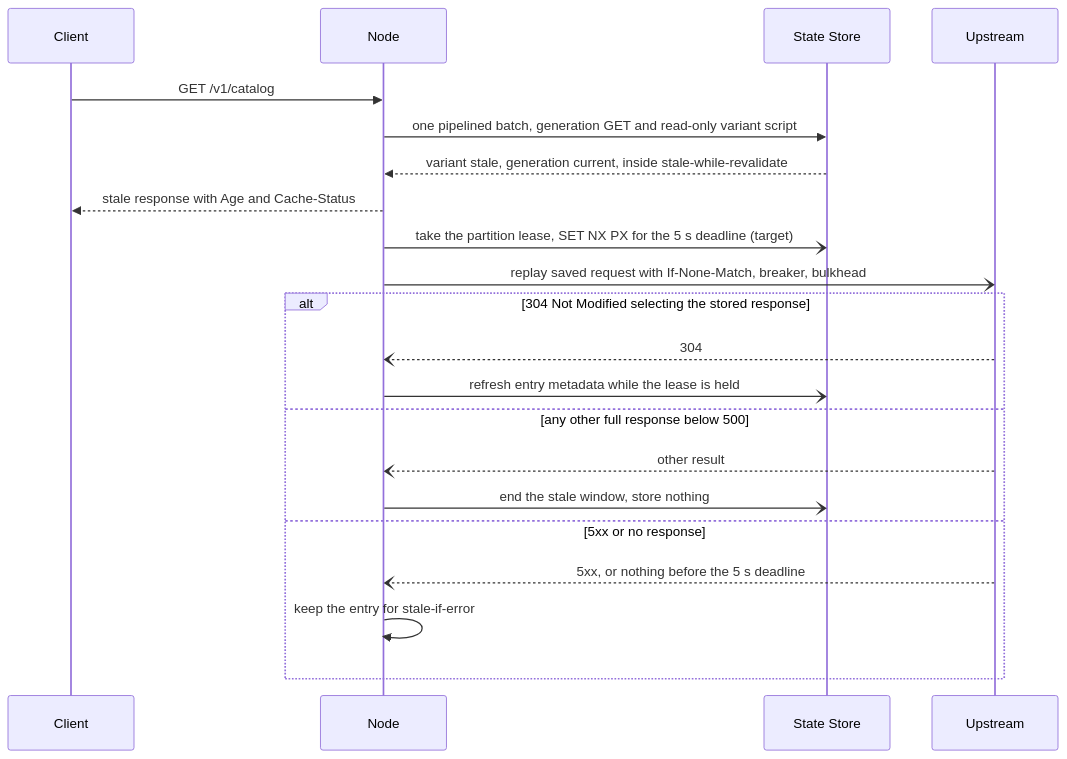
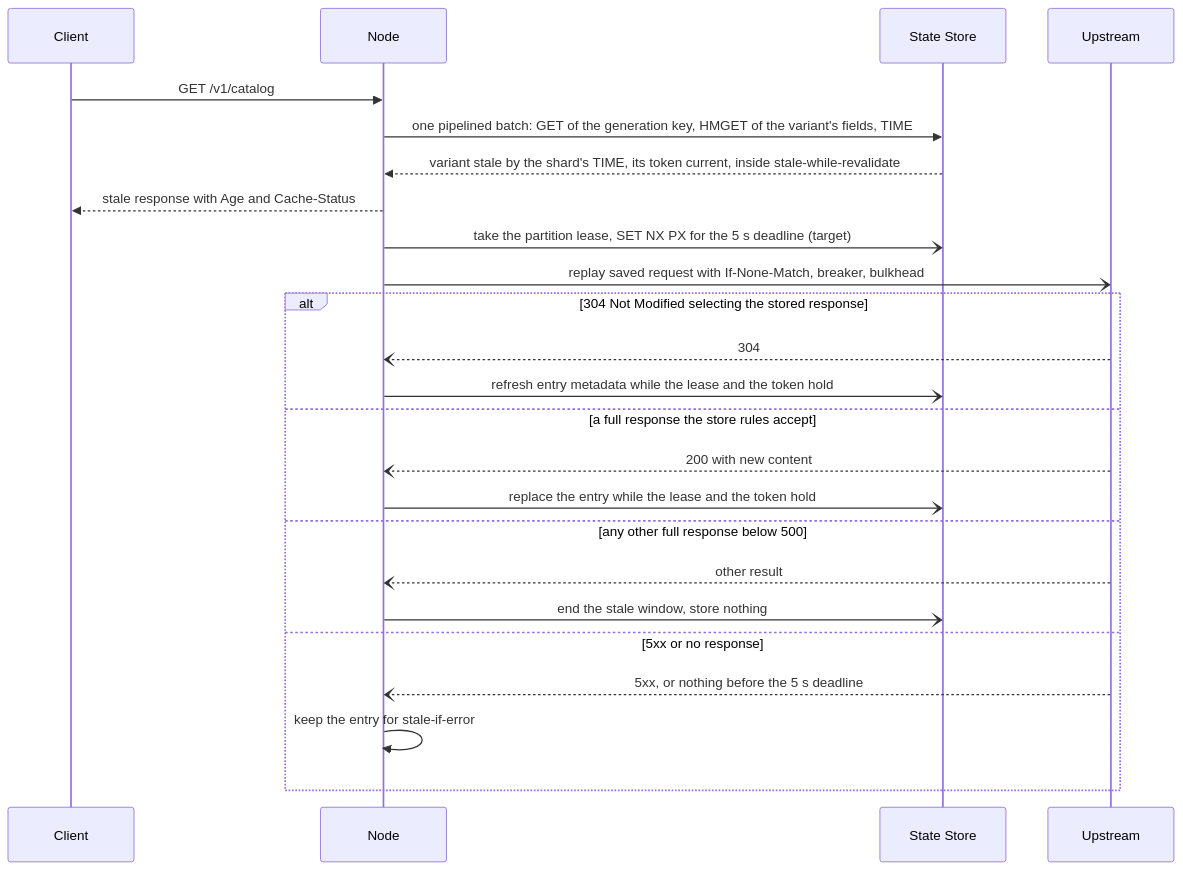
One commit to ravindu-rev/ruralz changed the fourth of 4 diagrams in docs/architecture/09-traffic-management-and-resilience.md. Above: the diagram before and after it, drawn with Mermaid. The commit also changed other lines of this file and 31 other files, not shown here.

````diff
--- a/docs/architecture/09-traffic-management-and-resilience.md
+++ b/docs/architecture/09-traffic-management-and-resilience.md
@@ -406,23 +454,26 @@
 ```mermaid
 sequenceDiagram
     participant C as Client
     participant N as Node
     participant SS as State Store
     participant UP as Upstream
     C->>N: GET /v1/catalog
-    N->>SS: one pipelined batch, generation GET and read-only variant script
-    SS-->>N: variant stale, generation current, inside stale-while-revalidate
+    N->>SS: one pipelined batch: GET of the generation key, HMGET of the variant's fields, TIME
+    SS-->>N: variant stale by the shard's TIME, its token current, inside stale-while-revalidate
     N-->>C: stale response with Age and Cache-Status
     N-)SS: take the partition lease, SET NX PX for the 5 s deadline (target)
     N-)UP: replay saved request with If-None-Match, breaker, bulkhead
     alt 304 Not Modified selecting the stored response
         UP--)N: 304
-        N-)SS: refresh entry metadata while the lease is held
+        N-)SS: refresh entry metadata while the lease and the token hold
+    else a full response the store rules accept
+        UP--)N: 200 with new content
+        N-)SS: replace the entry while the lease and the token hold
     else any other full response below 500
         UP--)N: other result
         N-)SS: end the stale window, store nothing
     else 5xx or no response
         UP--)N: 5xx, or nothing before the 5 s deadline
         N->>N: keep the entry for stale-if-error
     end
 ```
````
